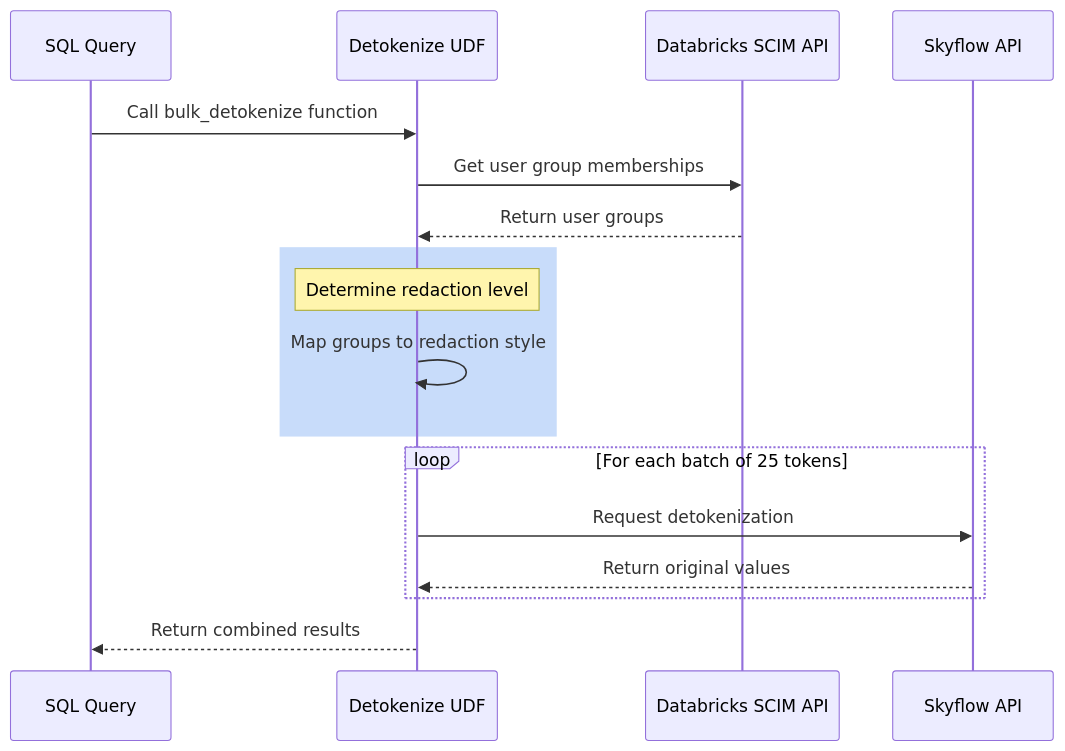
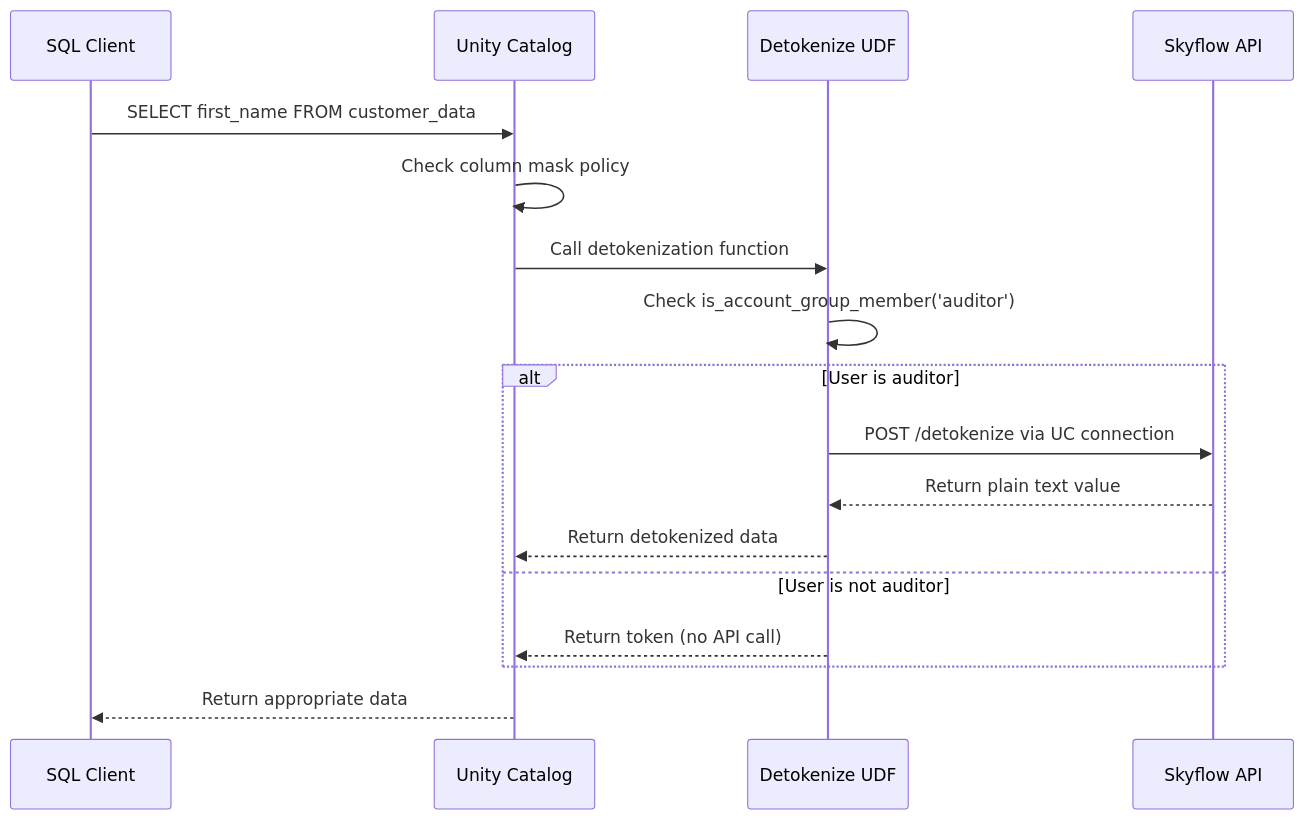
One commit to SkyflowFoundry/Databricks changed the second of 2 diagrams in README.md. Above: the diagram before and after it, drawn with Mermaid. The commit also changed other lines of this file and 21 other files, not shown here.

First line of the commit message:
Restructure project with SQL organization and Unity Catalog integration

````diff
--- a/README.md
+++ b/README.md
@@ -76,23 +132,22 @@
 ```mermaid
 sequenceDiagram
-    participant SQL as SQL Query
+    participant Client as SQL Client
+    participant UC as Unity Catalog
     participant UDF as Detokenize UDF
-    participant SCIM as Databricks SCIM API
     participant SF as Skyflow API
-
-    SQL->>UDF: Call bulk_detokenize function
-    UDF->>SCIM: Get user group memberships
-    SCIM-->>UDF: Return user groups
     
-    rect rgb(200, 220, 250)
-        Note over UDF: Determine redaction level
-        UDF->>UDF: Map groups to redaction style
+    Client->>UC: SELECT first_name FROM customer_data
+    UC->>UC: Check column mask policy
+    UC->>UDF: Call detokenization function
+    UDF->>UDF: Check is_account_group_member('auditor')
+    
+    alt User is auditor
+        UDF->>SF: POST /detokenize via UC connection
+        SF-->>UDF: Return plain text value
+        UDF-->>UC: Return detokenized data
+    else User is not auditor
+        UDF-->>UC: Return token (no API call)
     end
     
-    loop For each batch of 25 tokens
-        UDF->>SF: Request detokenization
-        SF-->>UDF: Return original values
-    end
-    
-    UDF-->>SQL: Return combined results
+    UC-->>Client: Return appropriate data
 ```
````
